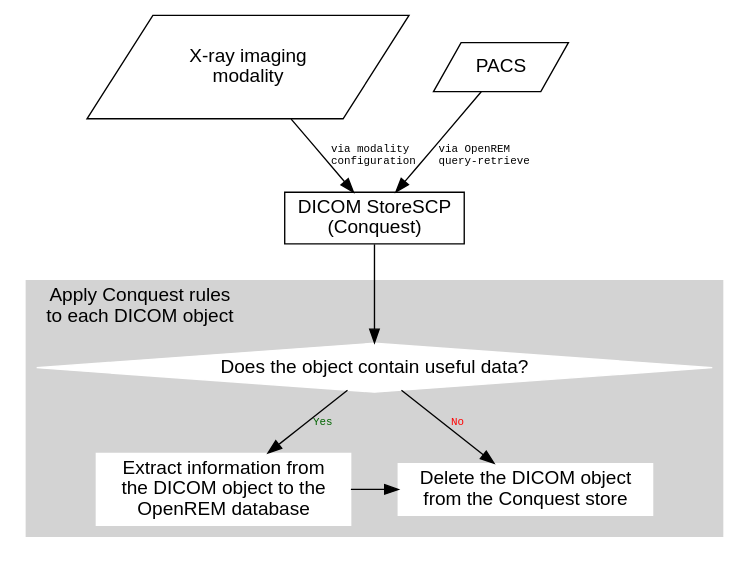
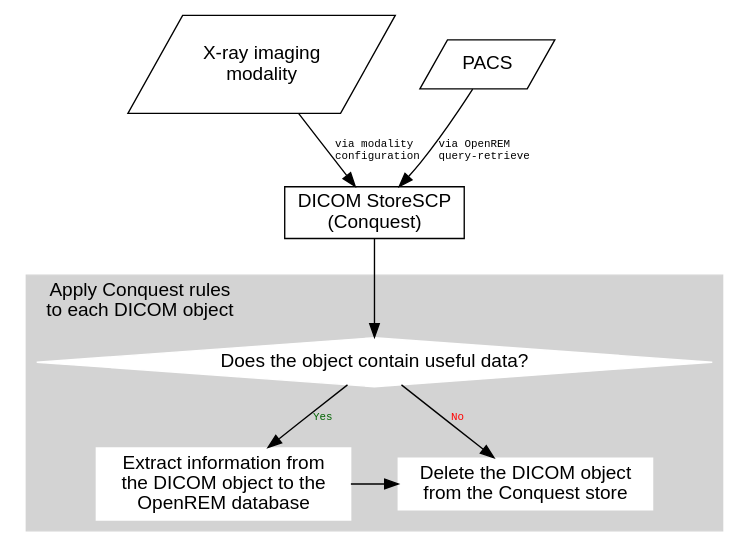
Before and after one commit to ckswilliams/modOpenREM: the second of 2 diagrams in docs/testgraphviz.rst, drawn with Graphviz. The commit also changed other lines of this file, not shown here.

```diff
--- a/docs/testgraphviz.rst
+++ b/docs/testgraphviz.rst
@@ -57,31 +57,31 @@
 .. graphviz::
 
    digraph {
 
       subgraph cluster_rules {
          label = "Apply Conquest rules\nto each DICOM object";
          node [style=filled color=white];
          style=filled;
          color=lightgrey;
          labelloc=t;
          labeljust=l;
          fontname="Helvetica"
 
          conquest_script -> populate_database [label="Yes" fontcolor=darkgreen fontsize=8 fontname="Courier"];
          populate_database -> delete_object;
          conquest_script -> delete_object [label="No" fontcolor=red fontsize=8 fontname="Courier"];
 
          {rank=same; populate_database delete_object};
       }
 
       modality -> conquest [label="via modality\lconfiguration\l" fontsize=8 fontname="Courier"];
       pacs -> conquest [label="via OpenREM\lquery-retrieve\l" fontsize=8 fontname="Courier"];
       conquest -> conquest_script;
 
-      modality [label="X-ray imaging\nmodality" fontname="Helvetica" tooltip="Data send from an x-ray imaging modality" shape="parallelogram"];
+      modality [label="X-ray imaging\nmodality" fontname="Helvetica" tooltip="Data send from an x-ray imaging modality" shape="parallelogram" height="1.0" width="2.0"];
       pacs [label="PACS" fontname="Helvetica" tooltip="A Picture Archiving and Communication System" shape="parallelogram"];
       conquest [label="DICOM StoreSCP\n(Conquest)" fontname="Helvetica" tooltip="Conquest, acting as a DICOM storage SCP" shape="box"];
       conquest_script [shape=diamond label="Does the object contain useful data?" fontname="Helvetica" tooltip="Process the rules in dicom.ini"];
       populate_database [label="Extract information from\nthe DICOM object to the\nOpenREM database" fontname="Helvetica", tooltip="Extract data using OpenREM's python scripts" shape="box"];
       delete_object [label="Delete the DICOM object\nfrom the Conquest store" fontname="Helvetica" tooltip="Delete the DICOM object from the local store SCP" shape="box"];
    }
```
